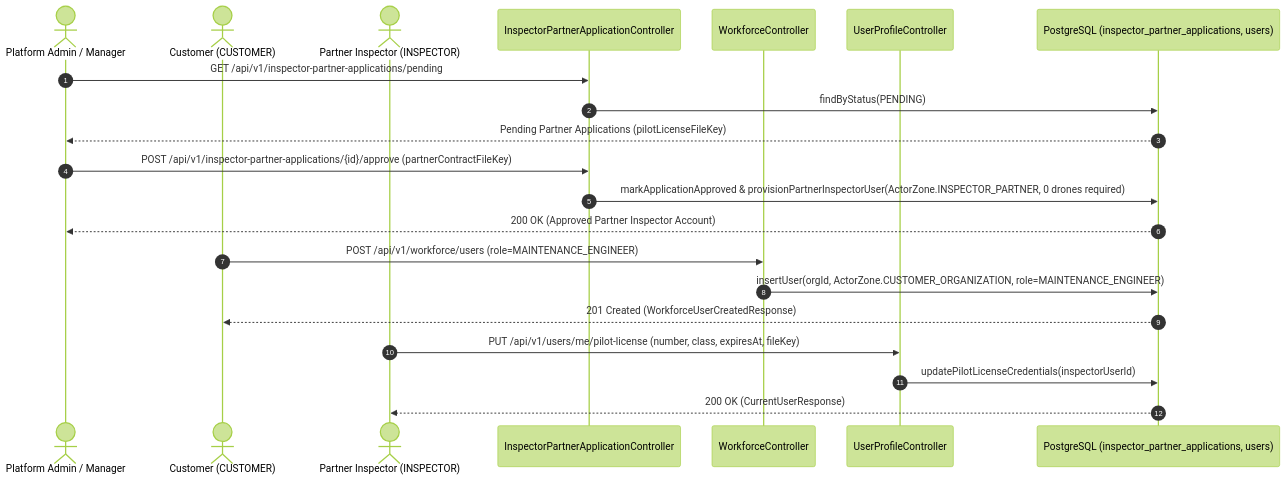
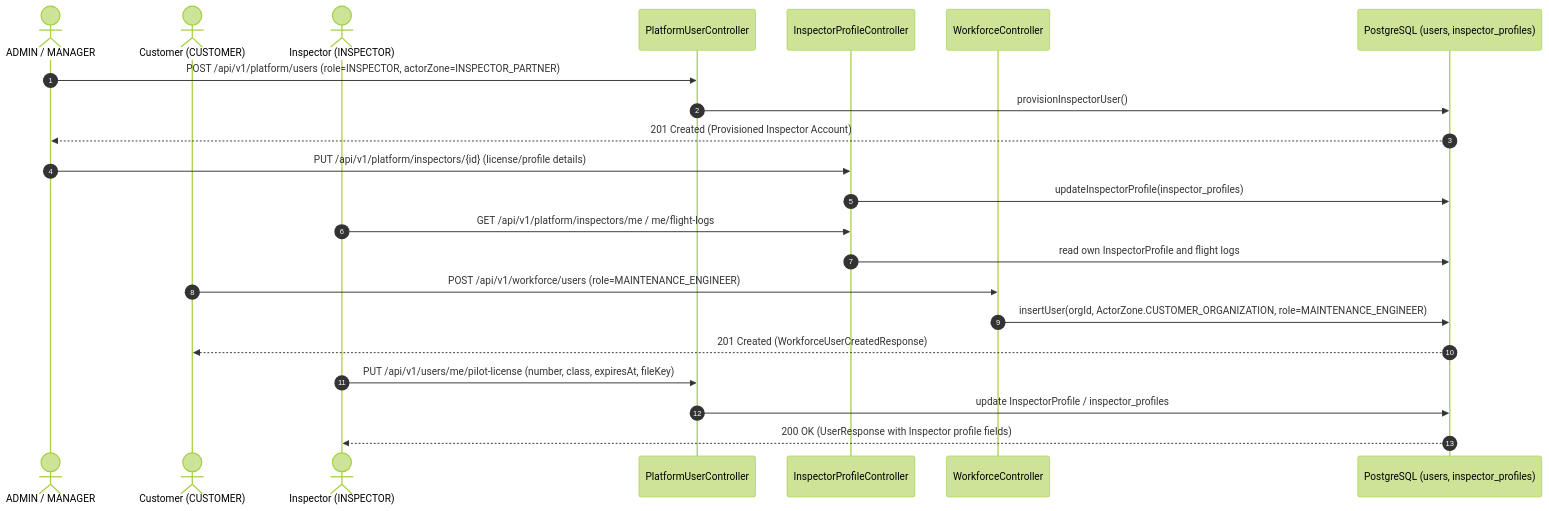
The fourth of 23 diagrams in reports/report-4-software-design-document/03-detailed-design.md (tungbach12/SmartDroneInspection-Docs), drawn with Mermaid (forest theme) before and after one commit. The commit also changed other lines of this file and 30 other files, not shown here.

````diff
--- a/reports/report-4-software-design-document/03-detailed-design.md
+++ b/reports/report-4-software-design-document/03-detailed-design.md
@@ -193,27 +248,28 @@
 ```mermaid
-%% title: Partner Inspector Onboarding and Customer Workforce Sequence Diagram
+%% title: Platform Inspector Provisioning and Customer Workforce Sequence Diagram
 sequenceDiagram
   autonumber
-  actor Admin as Platform Admin / Manager
+  actor Admin as ADMIN / MANAGER
   actor Cust as Customer (CUSTOMER)
-  actor Insp as Partner Inspector (INSPECTOR)
-  participant PartCtrl as InspectorPartnerApplicationController
+  actor Insp as Inspector (INSPECTOR)
+  participant UserCtrl as PlatformUserController
+  participant ProfileCtrl as InspectorProfileController
   participant WfCtrl as WorkforceController
-  participant ProfCtrl as UserProfileController
-  participant DB as PostgreSQL (inspector_partner_applications, users)
+  participant DB as PostgreSQL (users, inspector_profiles)
 
-  Admin->>PartCtrl: GET /api/v1/inspector-partner-applications/pending
-  PartCtrl->>DB: findByStatus(PENDING)
-  DB-->>Admin: Pending Partner Applications (pilotLicenseFileKey)
-  Admin->>PartCtrl: POST /api/v1/inspector-partner-applications/{id}/approve (partnerContractFileKey)
-  PartCtrl->>DB: markApplicationApproved & provisionPartnerInspectorUser(ActorZone.INSPECTOR_PARTNER, 0 drones required)
-  DB-->>Admin: 200 OK (Approved Partner Inspector Account)
+  Admin->>UserCtrl: POST /api/v1/platform/users (role=INSPECTOR, actorZone=INSPECTOR_PARTNER)
+  UserCtrl->>DB: provisionInspectorUser()
+  DB-->>Admin: 201 Created (Provisioned Inspector Account)
+  Admin->>ProfileCtrl: PUT /api/v1/platform/inspectors/{id} (license/profile details)
+  ProfileCtrl->>DB: updateInspectorProfile(inspector_profiles)
+  Insp->>ProfileCtrl: GET /api/v1/platform/inspectors/me / me/flight-logs
+  ProfileCtrl->>DB: read own InspectorProfile and flight logs
 
   Cust->>WfCtrl: POST /api/v1/workforce/users (role=MAINTENANCE_ENGINEER)
   WfCtrl->>DB: insertUser(orgId, ActorZone.CUSTOMER_ORGANIZATION, role=MAINTENANCE_ENGINEER)
   DB-->>Cust: 201 Created (WorkforceUserCreatedResponse)
 
-  Insp->>ProfCtrl: PUT /api/v1/users/me/pilot-license (number, class, expiresAt, fileKey)
-  ProfCtrl->>DB: updatePilotLicenseCredentials(inspectorUserId)
-  DB-->>Insp: 200 OK (CurrentUserResponse)
+  Insp->>UserCtrl: PUT /api/v1/users/me/pilot-license (number, class, expiresAt, fileKey)
+  UserCtrl->>DB: update InspectorProfile / inspector_profiles
+  DB-->>Insp: 200 OK (UserResponse with Inspector profile fields)
 ```
````
